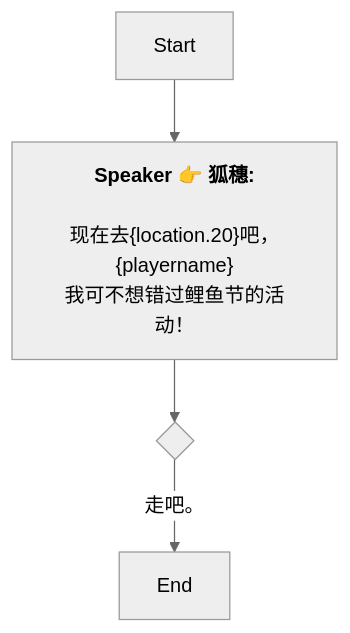
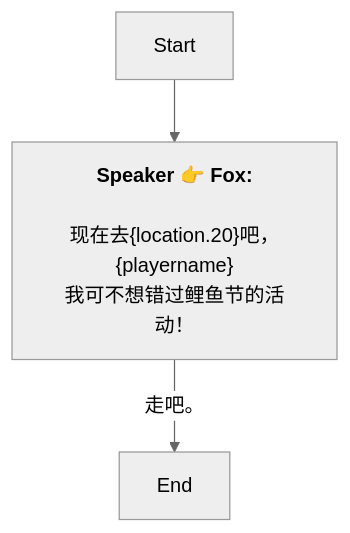
The diagram in Zh/QuestStartTalkENode_1751268604084548.md (SoftHu/tos_avg), drawn with Mermaid (neutral theme) before and after one commit. The commit also changed 737 other files, not shown here.

````diff
--- a/Zh/QuestStartTalkENode_1751268604084548.md
+++ b/Zh/QuestStartTalkENode_1751268604084548.md
@@ -1,10 +1,8 @@
 ```mermaid
 graph
-Start -->1751269141410120[<b>Speaker 👉 狐穗:</b>
+Start -->1751269141410120[<b>Speaker 👉 Fox:</b>
+\n现在去&lbrace;location.20&rbrace;吧，&lbrace;playername&rbrace;
+我可不想错过鲤鱼节的活动！]
+1751269141410120 -->|走吧。|1751269208186190[End]
 
-现在去&lbrace;location.20&rbrace;吧，&lbrace;playername&rbrace;
-我可不想错过鲤鱼节的活动！]
-1751269141410120 -->1751269191557449{ }
-1751269191557449 -->|走吧。|1751269208186190[End]
-
- ```
+```
````
